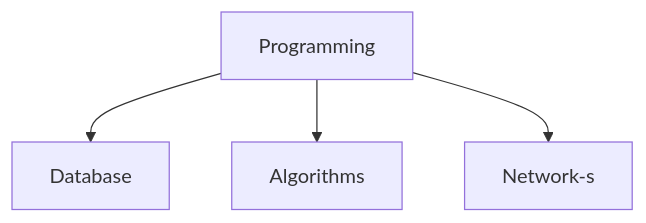
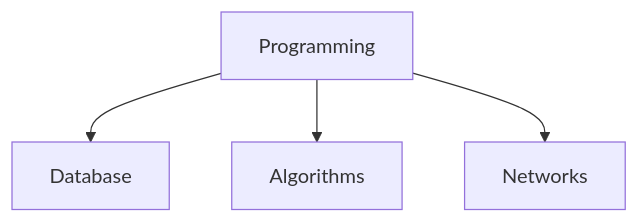
One commit to uptimistic/ComputerProgramming changed the first of 2 diagrams in README.md. Above: the diagram before and after it, drawn with Mermaid.

````diff
--- a/README.md
+++ b/README.md
@@ -5,7 +5,7 @@
 ```mermaid
 graph TD;
     Programming-->Database;
     Programming-->Algorithms;
-    Programming-->Network-s;
+    Programming-->Networks;
  
 ```
````
